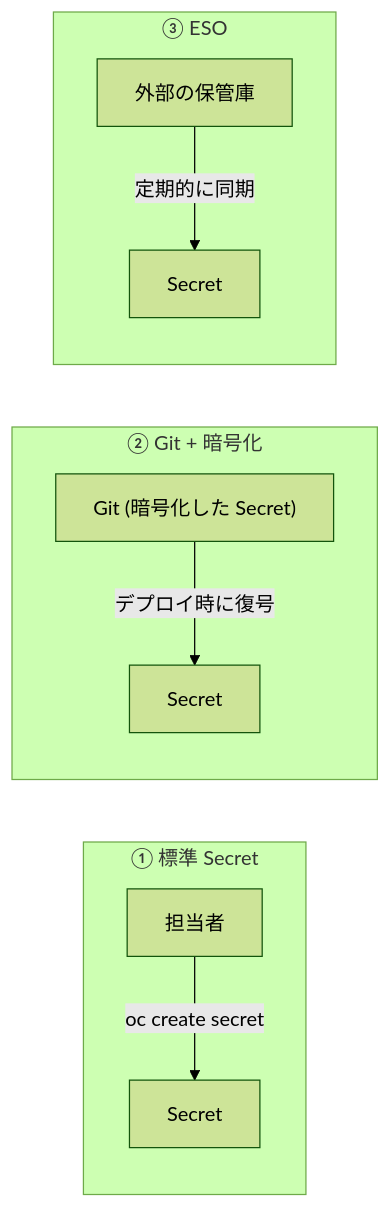
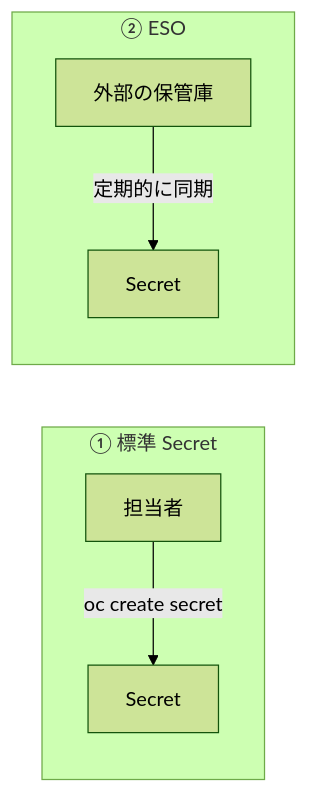
The second of 9 diagrams in README.md (akudo-rh/eso-secret-management), drawn with Mermaid (forest theme) before and after one commit. The commit also changed other lines of this file, not shown here.

First line of the commit message:
README: Git+暗号化方式を除外、同期間隔の負荷記述を削除、Instance Principal を検討課題に残す

````diff
--- a/README.md
+++ b/README.md
@@ -37,12 +36,9 @@
 ```mermaid
 flowchart LR
   subgraph M1["① 標準 Secret"]
     P1["担当者"] -- "oc create secret" --> S1["Secret"]
   end
-  subgraph M2["② Git + 暗号化"]
-    G2["Git (暗号化した Secret)"] -- "デプロイ時に復号" --> S2["Secret"]
-  end
-  subgraph M3["③ ESO"]
+  subgraph M3["② ESO"]
     V3["外部の保管庫"] -- "定期的に同期" --> S3["Secret"]
   end
 ```
````
